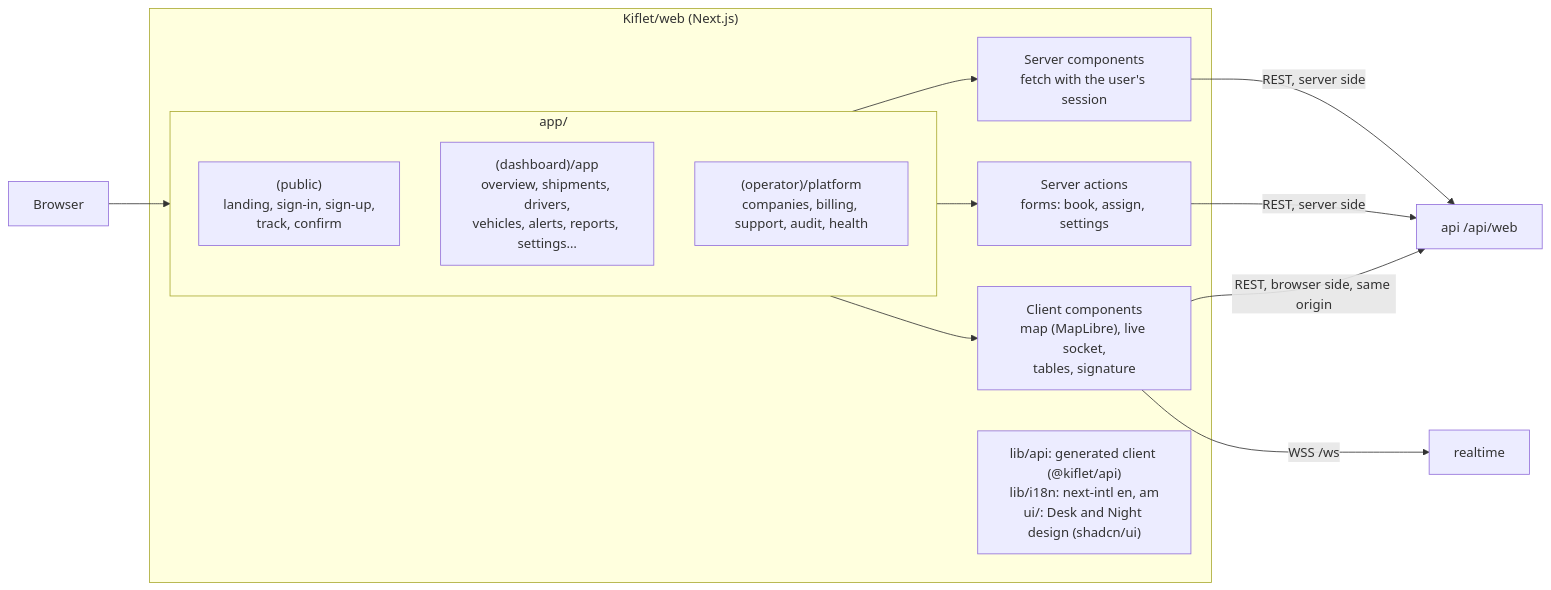
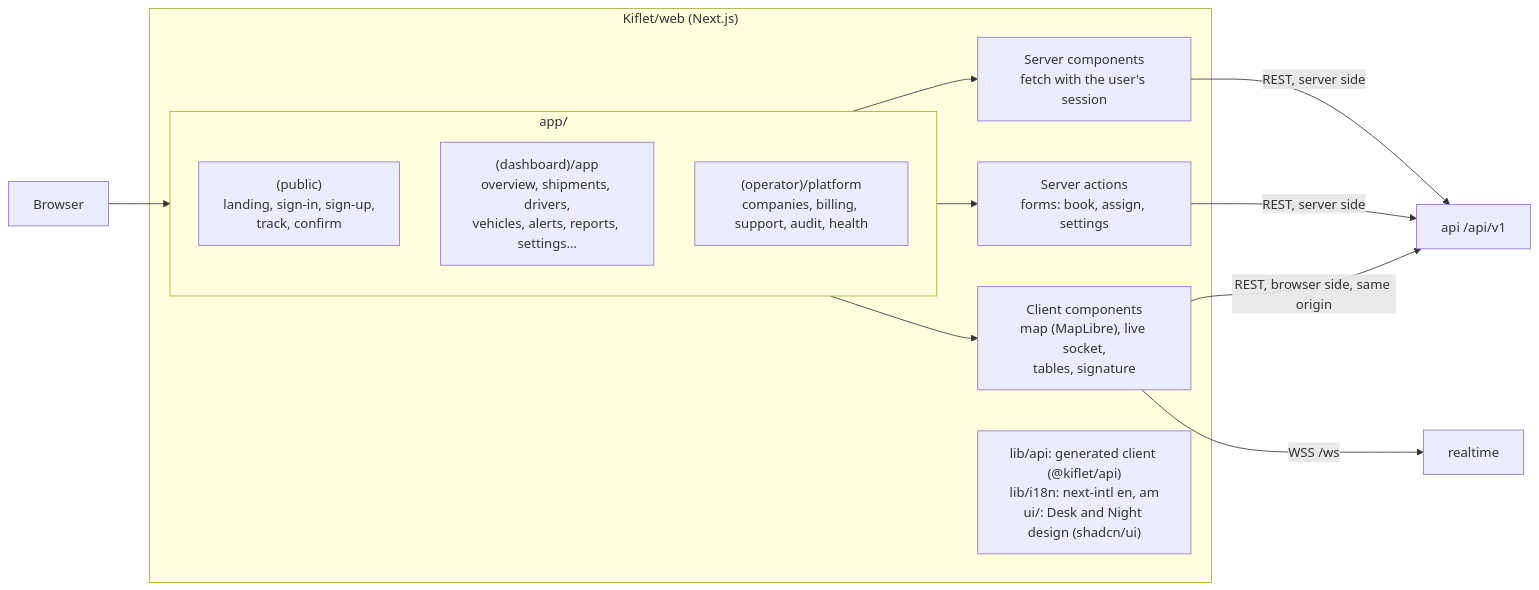
One commit to Kiflet/backend changed the tenth of 11 diagrams in docs/architecture.md. Above: the diagram before and after it, drawn with Mermaid. The commit also changed other lines of this file and 19 other files, not shown here.

````diff
--- a/docs/architecture.md
+++ b/docs/architecture.md
@@ -780,20 +821,20 @@
 ```mermaid
 flowchart LR
   subgraph Next["Kiflet/web (Next.js)"]
     subgraph Routes["app/"]
       PUB["(public)<br/>landing, sign-in, sign-up,<br/>track, confirm"]
       DSH["(dashboard)/app<br/>overview, shipments, drivers,<br/>vehicles, alerts, reports, settings…"]
       OPS["(operator)/platform<br/>companies, billing, support, audit, health"]
     end
     SC["Server components<br/>fetch with the user's session"]
     SA["Server actions<br/>forms: book, assign, settings"]
     CC["Client components<br/>map (MapLibre), live socket,<br/>tables, signature"]
     LIB["lib/api: generated client (@kiflet/api)<br/>lib/i18n: next-intl en, am<br/>ui/: Desk and Night design (shadcn/ui)"]
   end
 
   B[Browser] --> Routes
   Routes --> SC & SA & CC
-  SC & SA -- "REST, server side" --> API["api /api/web"]
+  SC & SA -- "REST, server side" --> API["api /api/v1"]
   CC -- "WSS /ws" --> RT[realtime]
   CC -- "REST, browser side, same origin" --> API
 ```
````
